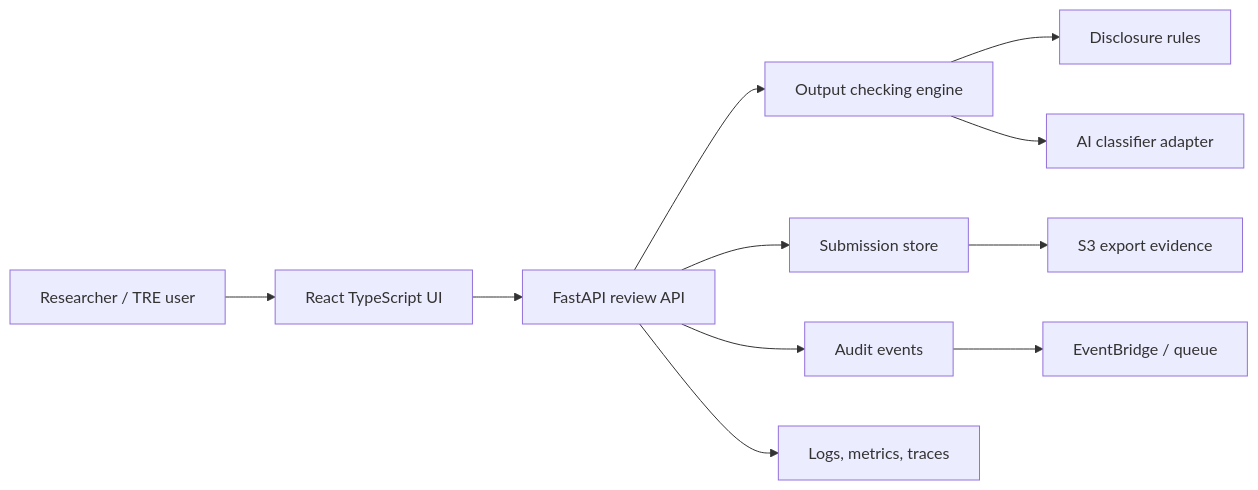
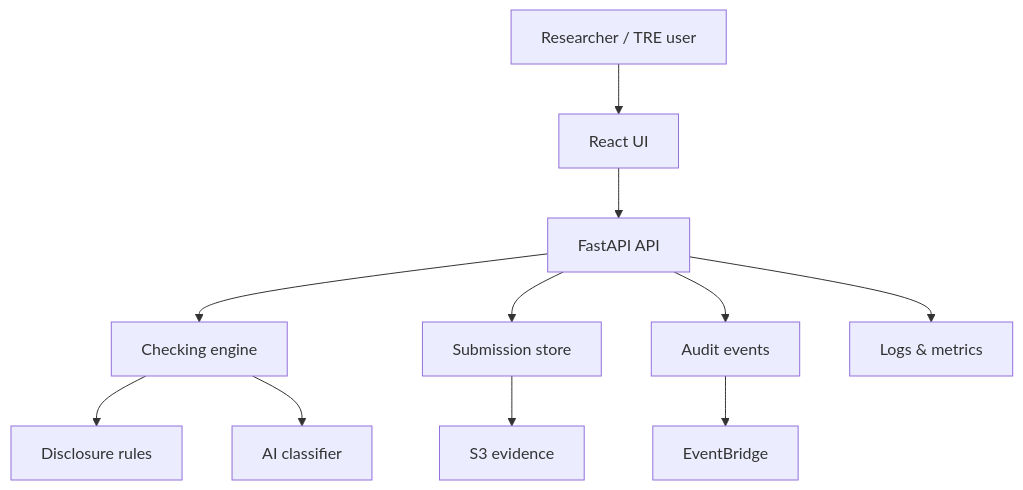
Before and after one commit to richardwaters9049/SafeOutputs: the diagram in README.md, drawn with Mermaid. The commit also changed 8 other files, not shown here.

````diff
--- a/README.md
+++ b/README.md
@@ -18,13 +18,13 @@
 ```mermaid
-flowchart LR
-  Researcher["Researcher / TRE user"] --> UI["React TypeScript UI"]
-  UI --> API["FastAPI review API"]
-  API --> Engine["Output checking engine"]
+flowchart TD
+  Researcher["Researcher / TRE user"] --> UI["React UI"]
+  UI --> API["FastAPI API"]
+  API --> Engine["Checking engine"]
   Engine --> Rules["Disclosure rules"]
-  Engine --> Classifier["AI classifier adapter"]
+  Engine --> Classifier["AI classifier"]
   API --> Store["Submission store"]
   API --> Events["Audit events"]
-  Events --> Bus["EventBridge / queue"]
-  Store --> S3["S3 export evidence"]
-  API --> Observability["Logs, metrics, traces"]
+  Events --> Bus["EventBridge"]
+  Store --> S3["S3 evidence"]
+  API --> Obs["Logs & metrics"]
 ```
````
